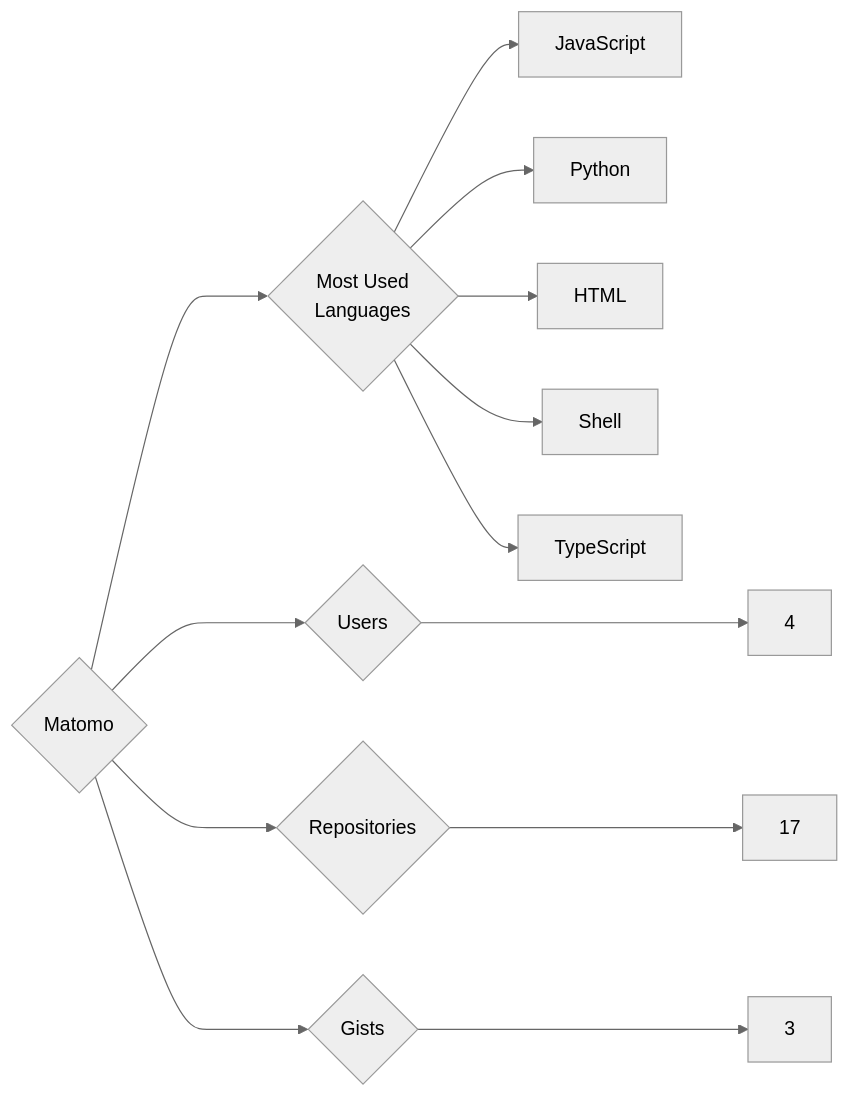
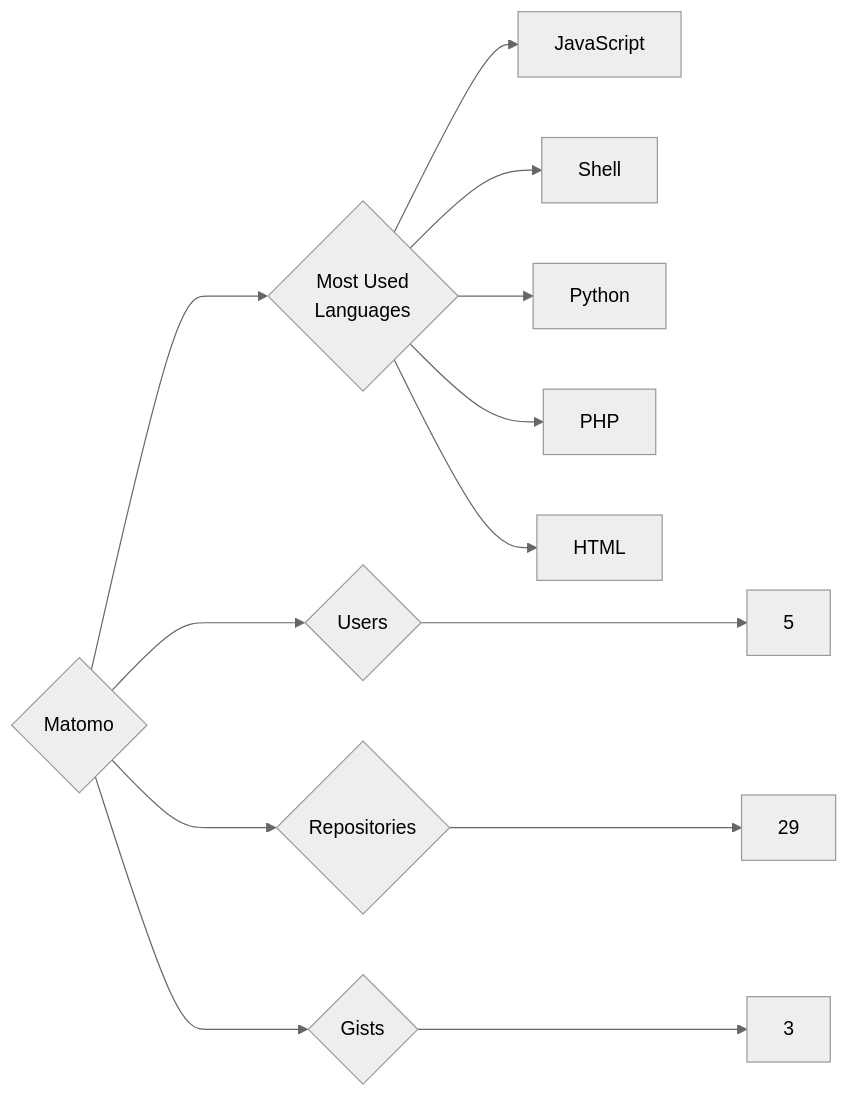
The diagram in targets/Matomo/README.md (trickest/insiders), drawn with Mermaid (neutral theme) before and after one commit. The commit also changed 912 other files, not shown here.

````diff
--- a/targets/Matomo/README.md
+++ b/targets/Matomo/README.md
@@ -3,13 +3,13 @@
 ```mermaid
 graph LR
 COMPANY_NAME{Matomo}
-COMPANY_NAME ---> U{Users} ---> UN[4]
-COMPANY_NAME ---> R{Repositories} ---> RN[17]
+COMPANY_NAME ---> U{Users} ---> UN[5]
+COMPANY_NAME ---> R{Repositories} ---> RN[29]
 COMPANY_NAME ---> G{Gists} ---> GN[3]
 COMPANY_NAME ---> ML{Most Used<br>Languages}
 ML --> JavaScript[JavaScript]
+ML --> Shell[Shell]
 ML --> Python[Python]
+ML --> PHP[PHP]
 ML --> HTML[HTML]
-ML --> Shell[Shell]
-ML --> TypeScript[TypeScript]
 ```
````
